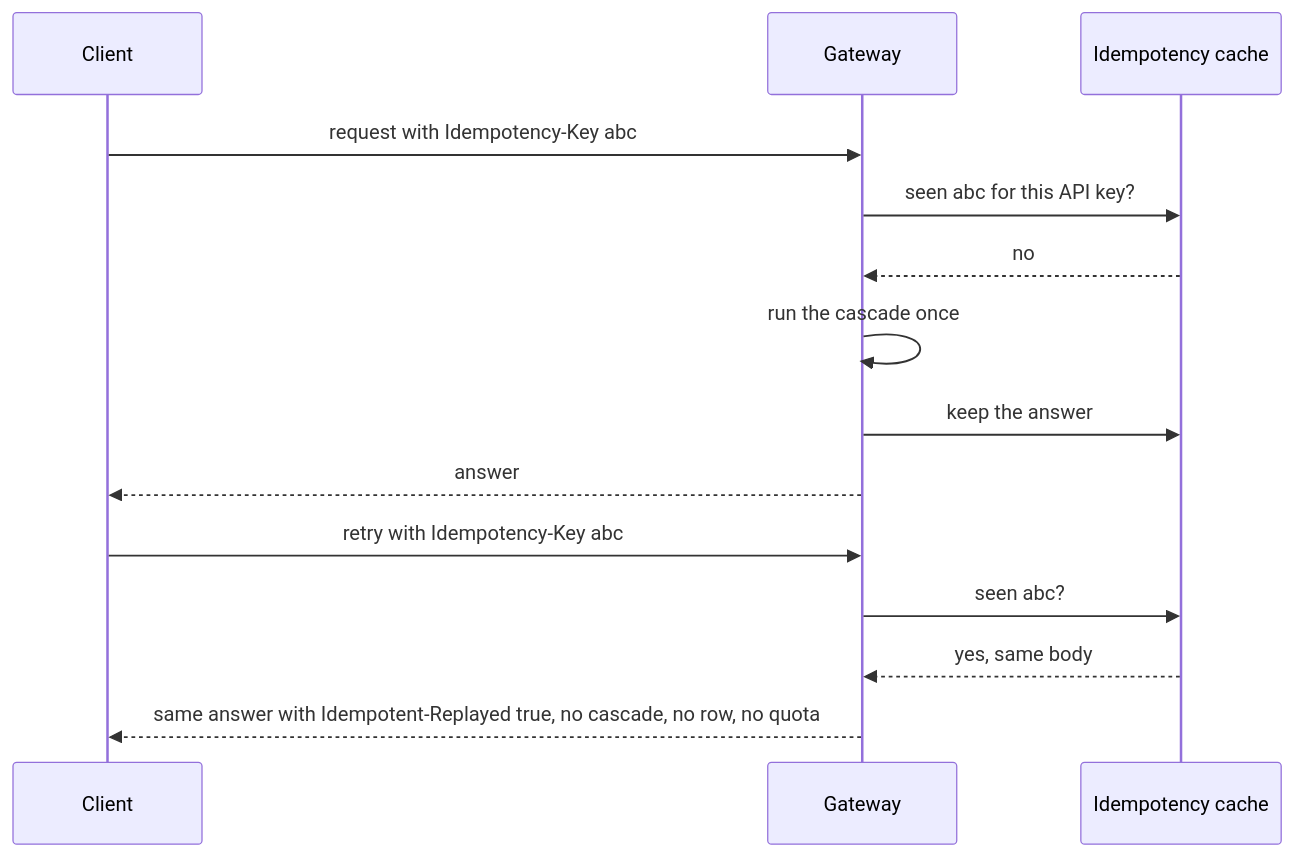
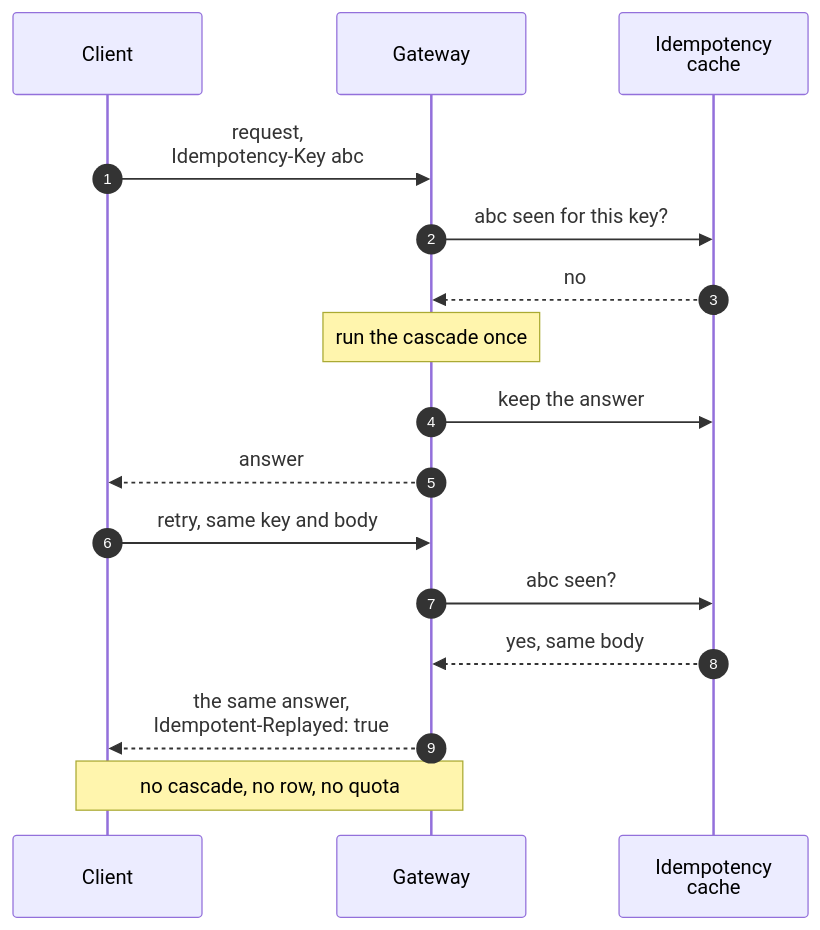
One commit to harshbhx/ratchet changed the fifth of 5 diagrams in docs-site/src/content/docs/guides/escalation-and-audits.mdx. Above: the diagram before and after it, drawn with Mermaid. The commit also changed other lines of this file and 25 other files, not shown here.

````diff
--- a/docs-site/src/content/docs/guides/escalation-and-audits.mdx
+++ b/docs-site/src/content/docs/guides/escalation-and-audits.mdx
@@ -187,16 +262,18 @@
 ```mermaid
 sequenceDiagram
-    participant C as Client
-    participant G as Gateway
-    participant K as Idempotency cache
-    C->>G: request with Idempotency-Key abc
-    G->>K: seen abc for this API key?
-    K-->>G: no
-    G->>G: run the cascade once
-    G->>K: keep the answer
-    G-->>C: answer
-    C->>G: retry with Idempotency-Key abc
-    G->>K: seen abc?
-    K-->>G: yes, same body
-    G-->>C: same answer with Idempotent-Replayed true, no cascade, no row, no quota
+  autonumber
+  participant C as Client
+  participant G as Gateway
+  participant K as Idempotency<br/>cache
+  C->>G: request,<br/>Idempotency-Key abc
+  G->>K: abc seen for this key?
+  K-->>G: no
+  Note over G: run the cascade once
+  G->>K: keep the answer
+  G-->>C: answer
+  C->>G: retry, same key and body
+  G->>K: abc seen?
+  K-->>G: yes, same body
+  G-->>C: the same answer,<br/>Idempotent-Replayed: true
+  Note over C,G: no cascade, no row, no quota
 ```
````
